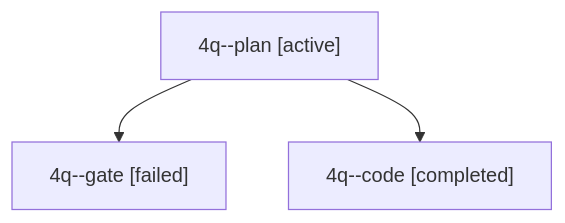
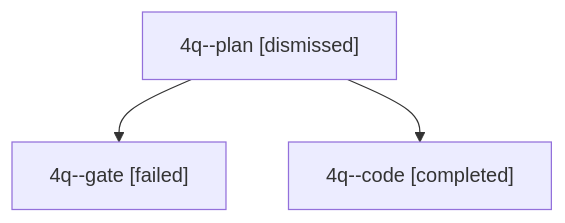
The diagram in sessions/bbugyi200.apollo.4q.md (bobs-org/bob-cli--agents), drawn with Mermaid before and after one commit. The commit also changed other lines of this file and 33 other files, not shown here.

````diff
--- a/sessions/bbugyi200.apollo.4q.md
+++ b/sessions/bbugyi200.apollo.4q.md
@@ -9,8 +9,8 @@
 ```mermaid
 flowchart TD
-  n0["4q--plan [active]"]
+  n0["4q--plan [dismissed]"]
   n1["4q--gate [failed]"]
   n0 --> n1
   n2["4q--code [completed]"]
   n0 --> n2
 ```
````
